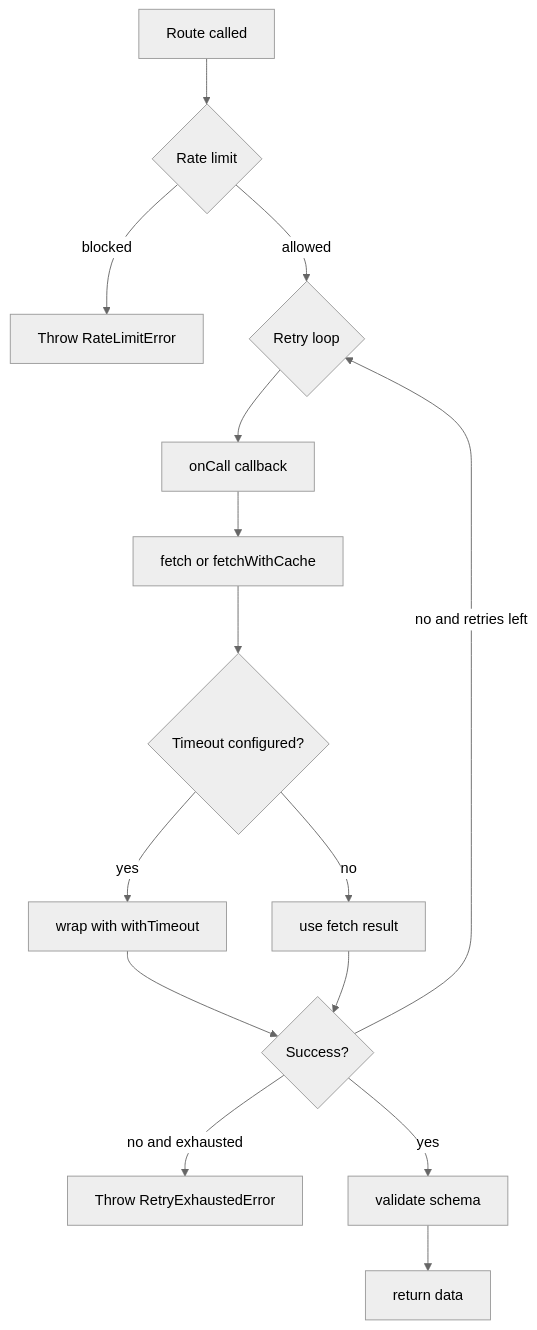
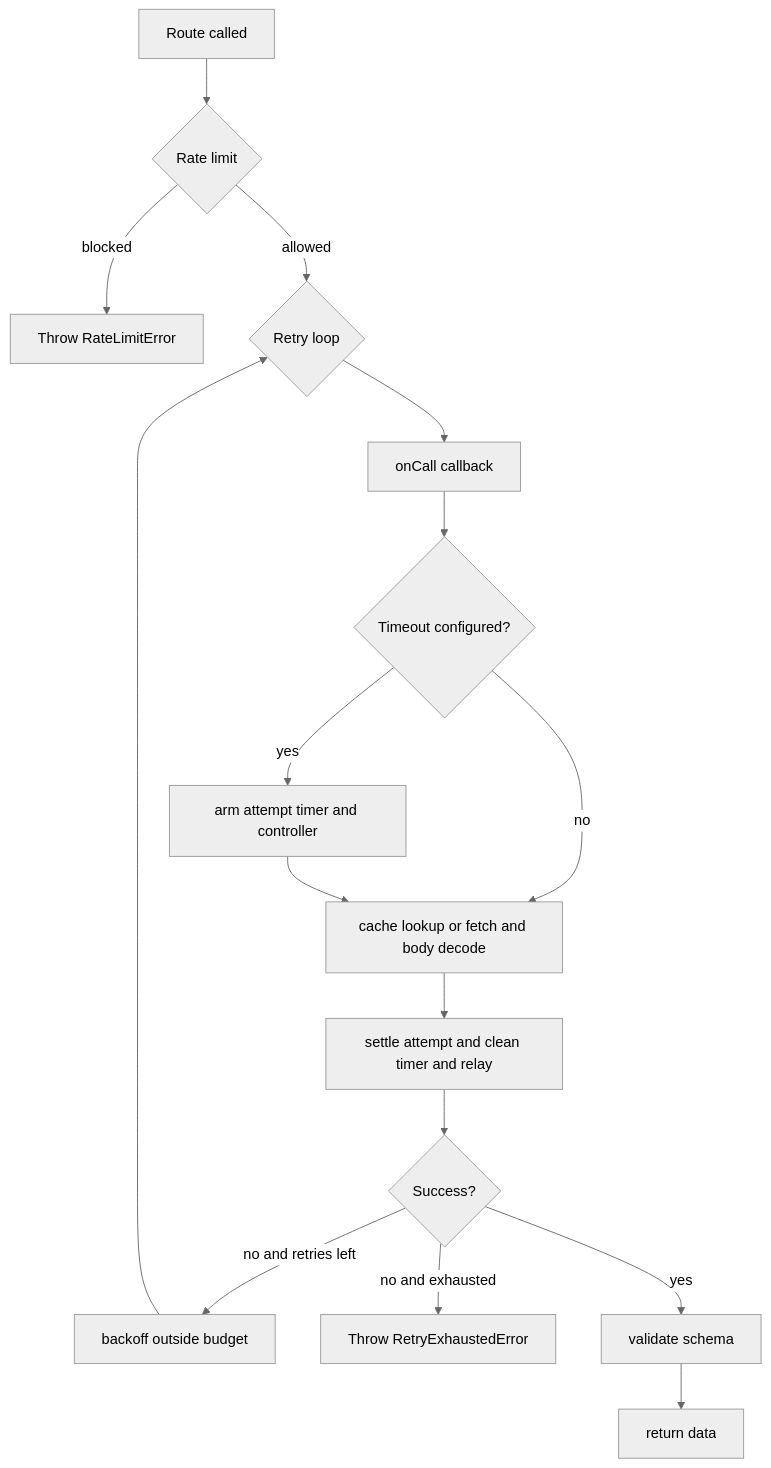
The diagram in docs/codedocs/resilience-and-control.md (antharuu/klaim), drawn with Mermaid (neutral theme) before and after one commit. The commit also changed other lines of this file and 7 other files, not shown here.

````diff
--- a/docs/codedocs/resilience-and-control.md
+++ b/docs/codedocs/resilience-and-control.md
@@ -45,17 +45,18 @@
 ```mermaid
 flowchart TD
   A[Route called] --> B{Rate limit}
   B -->|blocked| C[Throw RateLimitError]
   B -->|allowed| D{Retry loop}
   D --> E[onCall callback]
-  E --> F[fetch or fetchWithCache]
-  F --> G{Timeout configured?}
-  G -->|yes| H[wrap with withTimeout]
-  G -->|no| I[use fetch result]
-  H --> J{Success?}
-  I --> J
-  J -->|no and retries left| D
+  E --> G{Timeout configured?}
+  G -->|yes| H[arm attempt timer and controller]
+  G -->|no| F[cache lookup or fetch and body decode]
+  H --> F
+  F --> I[settle attempt and clean timer and relay]
+  I --> J{Success?}
+  J -->|no and retries left| N[backoff outside budget]
+  N --> D
   J -->|no and exhausted| K[Throw RetryExhaustedError]
   J -->|yes| L[validate schema]
   L --> M[return data]
 ```
````
